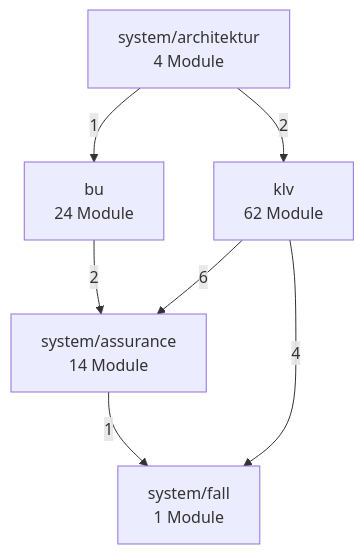
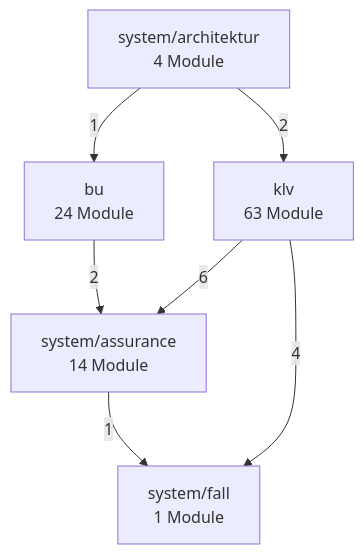
Before and after one commit to bartlmac/rechner-pipeline: the second of 3 diagrams in docs/architektur/landkarte.md, drawn with Mermaid. The commit also changed other lines of this file and 4 other files, not shown here.

````diff
--- a/docs/architektur/landkarte.md
+++ b/docs/architektur/landkarte.md
@@ -73,15 +73,15 @@
 ```mermaid
 %% Fachknoten — erzeugt von ontologie.landkarte
 flowchart TD
     bu["bu<br/>24 Module"]
-    klv["klv<br/>62 Module"]
+    klv["klv<br/>63 Module"]
     system_architektur["system/architektur<br/>4 Module"]
     system_assurance["system/assurance<br/>14 Module"]
     system_fall["system/fall<br/>1 Module"]
     bu -- 2 --> system_assurance
     klv -- 6 --> system_assurance
     klv -- 4 --> system_fall
     system_architektur -- 1 --> bu
     system_architektur -- 2 --> klv
     system_assurance -- 1 --> system_fall
 ```
````
